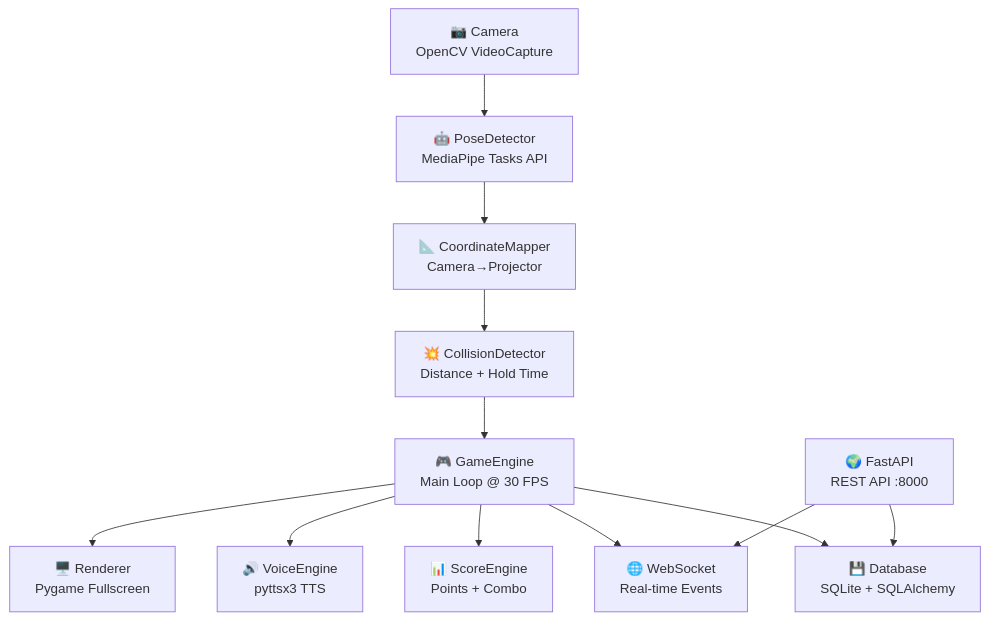
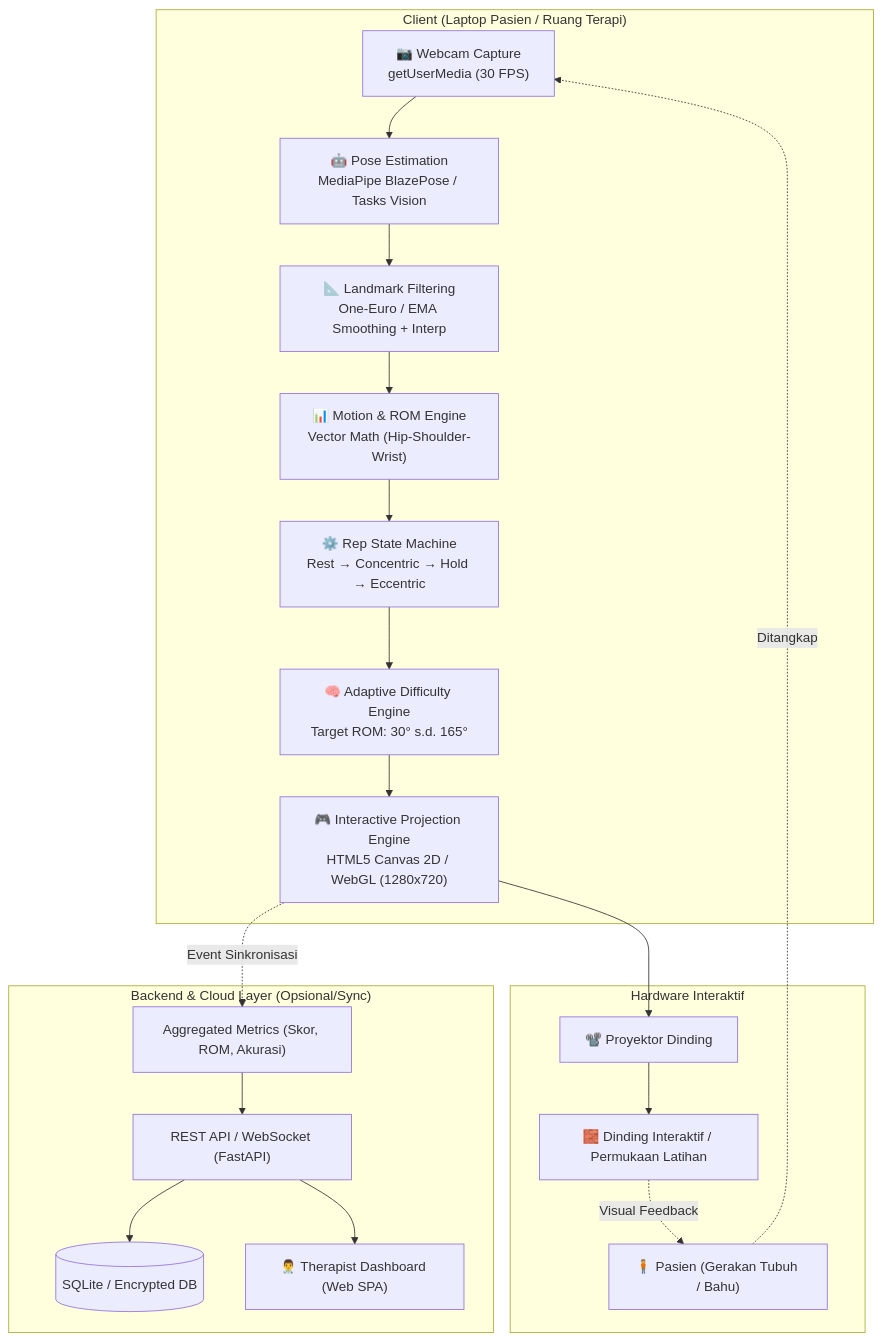
One commit to airlanggapradana/movewall_ai changed the diagram in walkthrough.md. Above: the diagram before and after it, drawn with Mermaid. The commit also changed other lines of this file and 1 other file, not shown here.

Commit message:
feat: initialize game-ui application logic with MediaPipe integration and state management

````diff
--- a/walkthrough.md
+++ b/walkthrough.md
@@ -11,14 +13,26 @@
 ```mermaid
 graph TB
-    A["📷 Camera<br/>OpenCV VideoCapture"] --> B["🤖 PoseDetector<br/>MediaPipe Tasks API"]
-    B --> C["📐 CoordinateMapper<br/>Camera→Projector"]
-    C --> D["💥 CollisionDetector<br/>Distance + Hold Time"]
-    D --> E["🎮 GameEngine<br/>Main Loop @ 30 FPS"]
-    E --> F["🖥️ Renderer<br/>Pygame Fullscreen"]
-    E --> G["🔊 VoiceEngine<br/>pyttsx3 TTS"]
-    E --> H["📊 ScoreEngine<br/>Points + Combo"]
-    E --> I["🌐 WebSocket<br/>Real-time Events"]
-    E --> J["💾 Database<br/>SQLite + SQLAlchemy"]
-    K["🌍 FastAPI<br/>REST API :8000"] --> J
-    K --> I
+    subgraph Client ["Client (Laptop Pasien / Ruang Terapi)"]
+        Cam["📷 Webcam Capture<br/>getUserMedia (30 FPS)"] --> MP["🤖 Pose Estimation<br/>MediaPipe BlazePose / Tasks Vision"]
+        MP --> Filter["📐 Landmark Filtering<br/>One-Euro / EMA Smoothing + Interp"]
+        Filter --> ROM["📊 Motion & ROM Engine<br/>Vector Math (Hip-Shoulder-Wrist)"]
+        ROM --> StateMachine["⚙️ Rep State Machine<br/>Rest → Concentric → Hold → Eccentric"]
+        StateMachine --> Adaptive["🧠 Adaptive Difficulty Engine<br/>Target ROM: 30° s.d. 165°"]
+        Adaptive --> Projection["🎮 Interactive Projection Engine<br/>HTML5 Canvas 2D / WebGL (1280x720)"]
+    end
+
+    subgraph Hardware ["Hardware Interaktif"]
+        Projection --> Projector["📽️ Proyektor Dinding"]
+        Projector --> Wall["🧱 Dinding Interaktif / Permukaan Latihan"]
+        Patient["🧍 Pasien (Gerakan Tubuh / Bahu)"] -. Ditangkap .-> Cam
+        Wall -. Visual Feedback .-> Patient
+    end
+
+    subgraph Backend ["Backend & Cloud Layer (Opsional/Sync)"]
+        StateData["Aggregated Metrics (Skor, ROM, Akurasi)"] --> API["REST API / WebSocket (FastAPI)"]
+        API --> DB[("SQLite / Encrypted DB")]
+        API --> Dashboard["👨‍⚕️ Therapist Dashboard (Web SPA)"]
+    end
+
+    Projection -. Event Sinkronisasi .-> StateData
 ```
````
